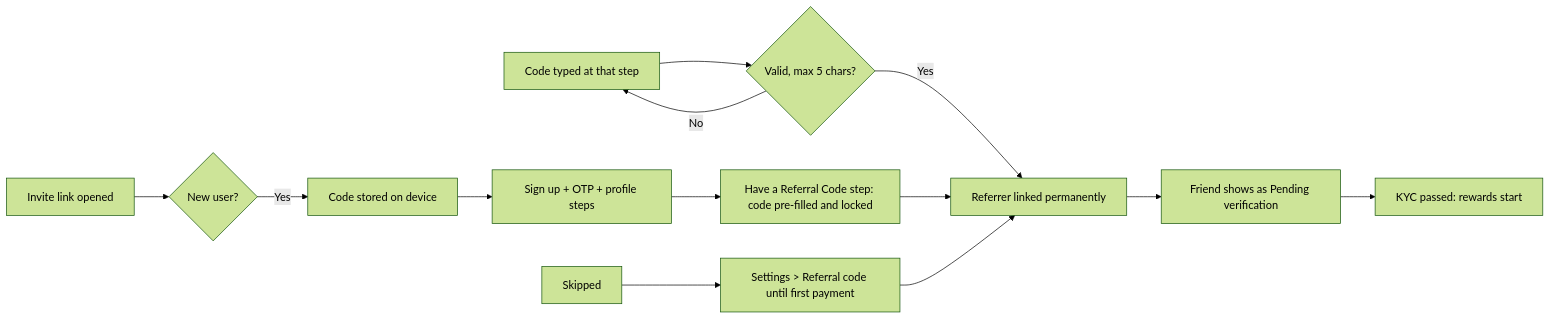
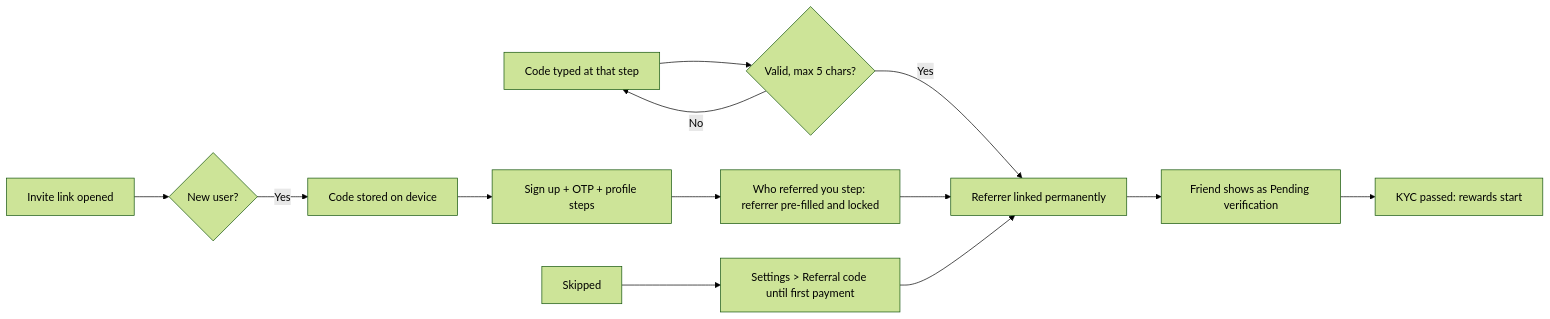
Before and after one commit to youapp-dev/mock-design: the first of 2 diagrams in Wallet 2 0 Full PRD — Elite, Referral, Account Tie 40959170f7ea805cbe6cefdbcc30dd28.md, drawn with Mermaid (forest theme). The commit also changed other lines of this file and 3 other files, not shown here.

First line of the commit message:
feat(onboarding): redesign the "Who referred you?" step

````diff
--- a/Wallet 2 0 Full PRD — Elite, Referral, Account Tie 40959170f7ea805cbe6cefdbcc30dd28.md
+++ b/Wallet 2 0 Full PRD — Elite, Referral, Account Tie 40959170f7ea805cbe6cefdbcc30dd28.md
@@ -346,15 +349,15 @@
 ```mermaid
 flowchart LR
     A[Invite link opened] --> B{New user?}
     B -- Yes --> C[Code stored on device]
     C --> D[Sign up + OTP + profile steps]
-    D --> E[Have a Referral Code step: code pre-filled and locked]
+    D --> E[Who referred you step: referrer pre-filled and locked]
     F[Code typed at that step] --> G{Valid, max 5 chars?}
     G -- Yes --> H[Referrer linked permanently]
     G -- No --> F
     E --> H
     I[Skipped] --> J[Settings > Referral code until first payment]
     J --> H
     H --> K[Friend shows as Pending verification]
     K --> L[KYC passed: rewards start]
 ```
````
